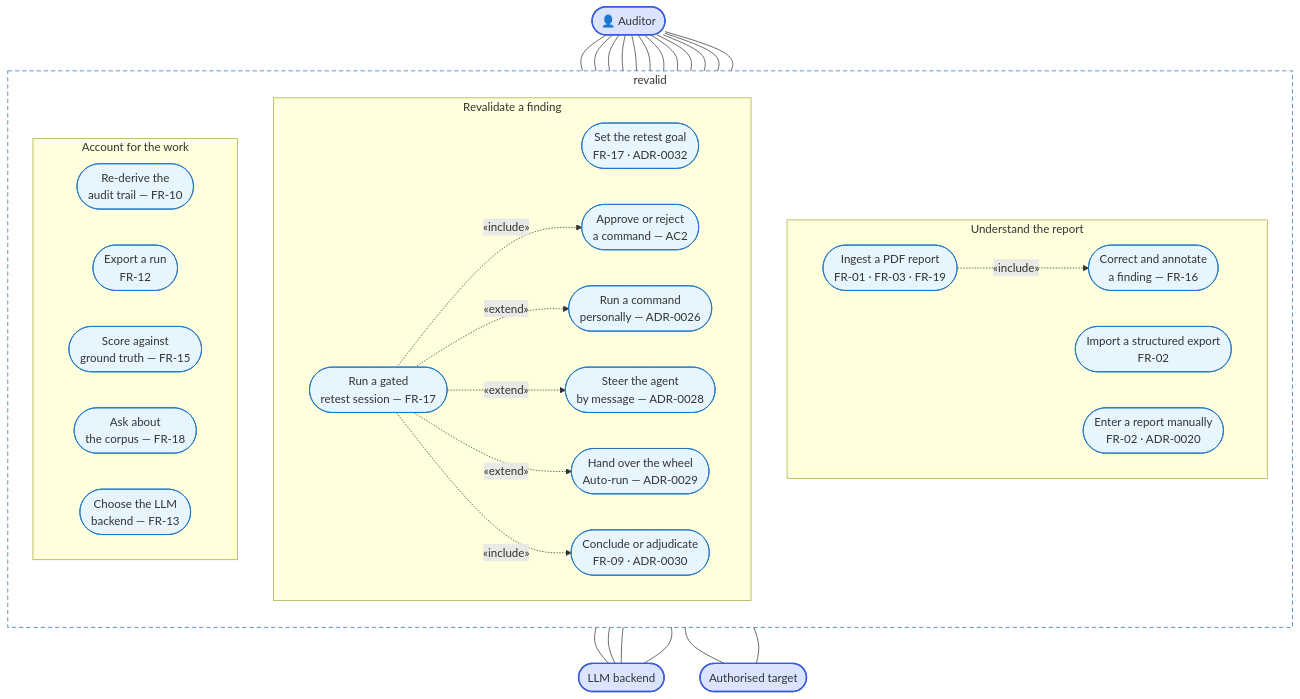
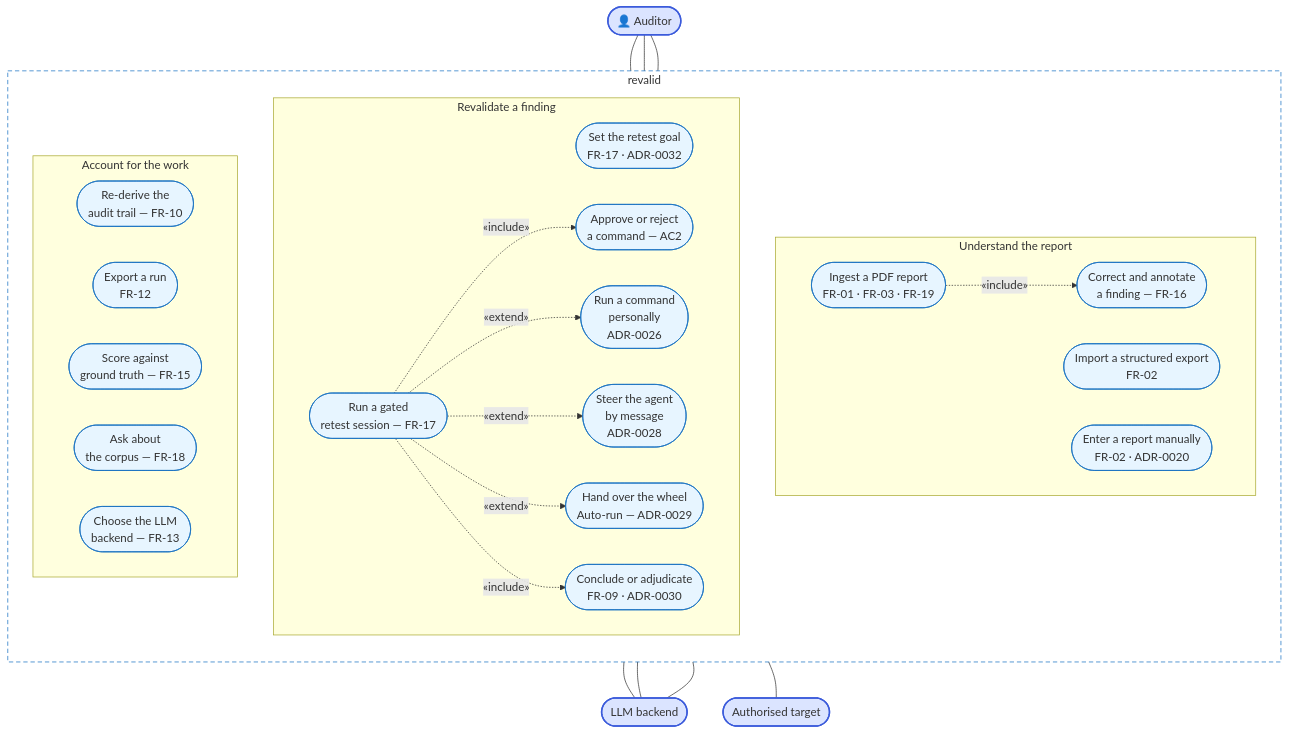
Before and after one commit to SelfishCoconut/revalid: the diagram in docs/requirements/use-cases.md, drawn with Mermaid. The commit also changed 17 other files, not shown here.

````diff
--- a/docs/requirements/use-cases.md
+++ b/docs/requirements/use-cases.md
@@ -27,71 +27,60 @@
 ```mermaid
 flowchart TB
     AUD(["👤 Auditor"])
     LLM(["LLM backend"])
     TGT(["Authorised target"])
 
     subgraph SYS["revalid"]
         direction TB
 
         subgraph UND["Understand the report"]
             direction LR
             U1(["Ingest a PDF report<br/>FR-01 · FR-03 · FR-19"])
             U2(["Import a structured export<br/>FR-02"])
             U3(["Enter a report manually<br/>FR-02 · ADR-0020"])
             U4(["Correct and annotate<br/>a finding — FR-16"])
         end
 
         subgraph RET["Revalidate a finding"]
             direction LR
             U5(["Set the retest goal<br/>FR-17 · ADR-0032"])
             U6(["Run a gated<br/>retest session — FR-17"])
             U7(["Approve or reject<br/>a command — AC2"])
-            U8(["Run a command<br/>personally — ADR-0026"])
-            U9(["Steer the agent<br/>by message — ADR-0028"])
+            U8(["Run a command<br/>personally<br/>ADR-0026"])
+            U9(["Steer the agent<br/>by message<br/>ADR-0028"])
             U10(["Hand over the wheel<br/>Auto-run — ADR-0029"])
             U11(["Conclude or adjudicate<br/>FR-09 · ADR-0030"])
         end
 
         subgraph OUT["Account for the work"]
             direction LR
             U12(["Re-derive the<br/>audit trail — FR-10"])
             U13(["Export a run<br/>FR-12"])
             U14(["Score against<br/>ground truth — FR-15"])
             U15(["Ask about<br/>the corpus — FR-18"])
             U16(["Choose the LLM<br/>backend — FR-13"])
         end
     end
 
-    AUD --- U1
-    AUD --- U2
-    AUD --- U3
-    AUD --- U4
-    AUD --- U5
-    AUD --- U6
-    AUD --- U11
-    AUD --- U12
-    AUD --- U13
-    AUD --- U14
-    AUD --- U15
-    AUD --- U16
+    AUD --- UND
+    AUD --- RET
+    AUD --- OUT
 
     U6 -.->|"«include»"| U7
     U6 -.->|"«extend»"| U8
     U6 -.->|"«extend»"| U9
     U6 -.->|"«extend»"| U10
     U6 -.->|"«include»"| U11
     U1 -.->|"«include»"| U4
 
-    U1 --- LLM
-    U5 --- LLM
-    U6 --- LLM
-    U15 --- LLM
-    U7 --- TGT
-    U8 --- TGT
+    UND --- LLM
+    RET --- LLM
+    OUT --- LLM
+    RET --- TGT
 
     classDef actor fill:#dbe4ff,stroke:#3b5bdb,stroke-width:2px
     classDef uc fill:#e7f5ff,stroke:#1971c2
     class AUD,LLM,TGT actor
     class U1,U2,U3,U4,U5,U6,U7,U8,U9,U10,U11,U12,U13,U14,U15,U16 uc
     style SYS fill:none,stroke:#1971c2,stroke-dasharray:6 4
 ```
````
